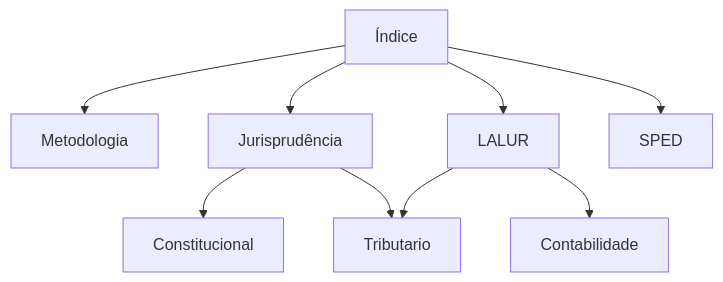
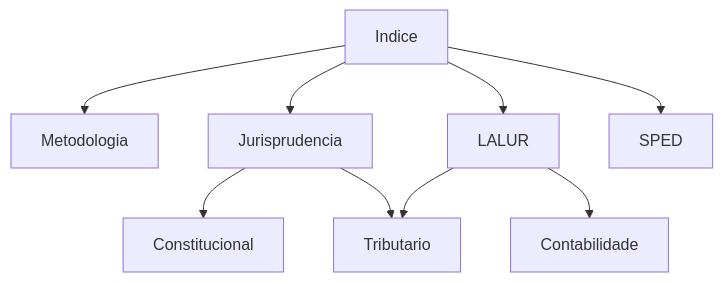
One commit to VGViana/Controle changed the diagram in 00 - Painel Geral Fiscal/Fiscal.md. Above: the diagram before and after it, drawn with Mermaid. The commit also changed other lines of this file and 3 other files, not shown here.

````diff
--- a/00 - Painel Geral Fiscal/Fiscal.md
+++ b/00 - Painel Geral Fiscal/Fiscal.md
@@ -55,11 +51,11 @@
 ```mermaid
 graph TD
-  Central[Índice] --> Metodologia[Metodologia]
-  Central --> Jurisprudencia[Jurisprudência]
+  Central[Indice] --> Metodologia[Metodologia]
+  Central --> Jurisprudencia[Jurisprudencia]
   Central --> LALUR[LALUR]
   Central --> SPED[SPED]
   LALUR --> Contabilidade
   LALUR --> Tributario
   Jurisprudencia --> Tributario
   Jurisprudencia --> Constitucional
 ```
````
